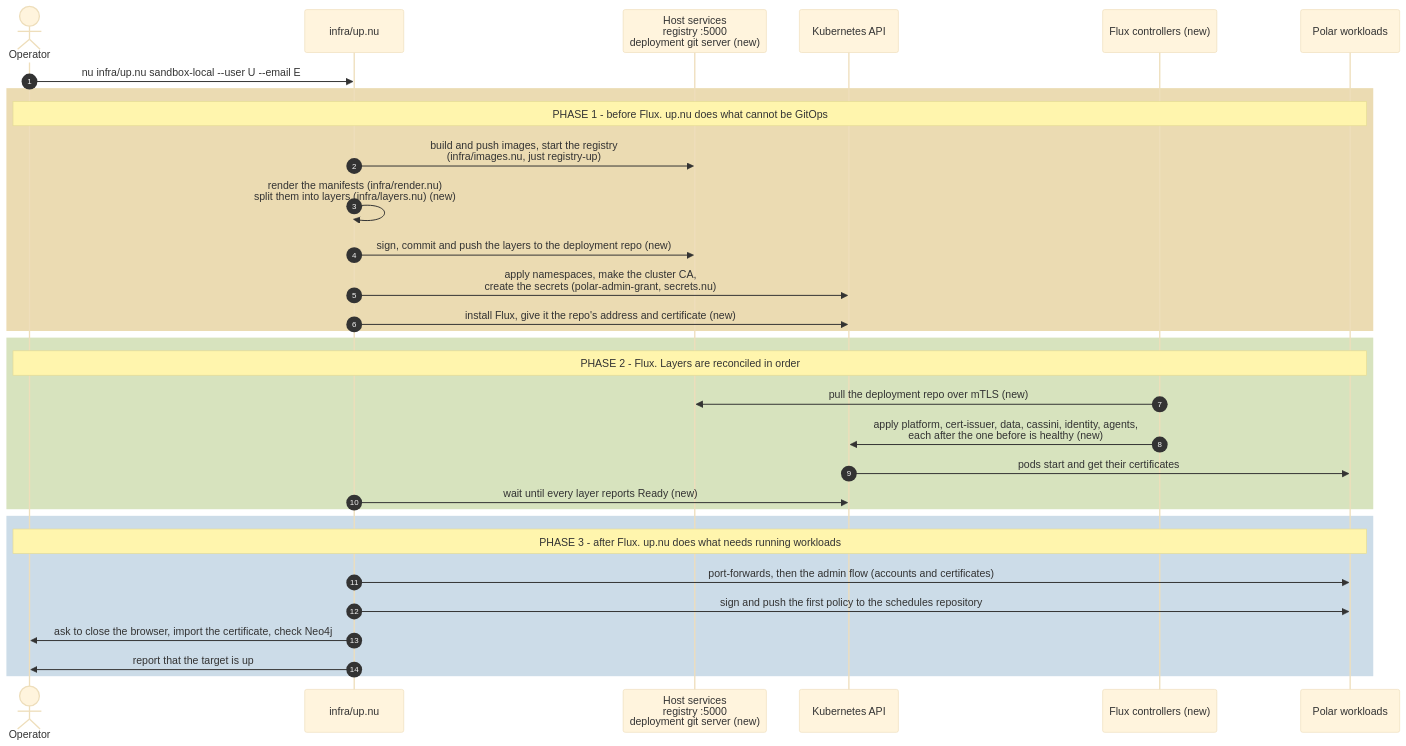
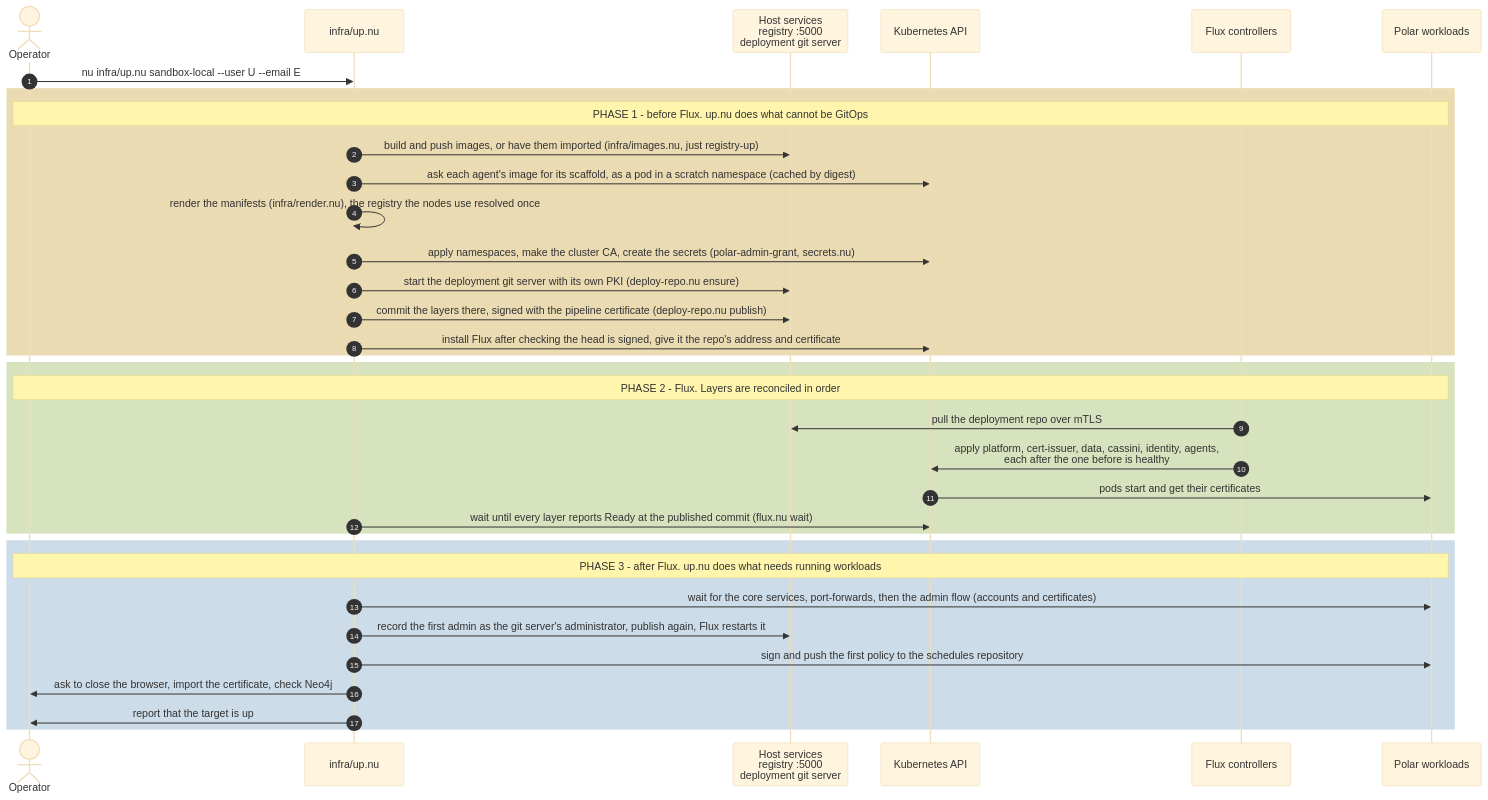
One commit to cmu-sei/Polar changed the diagram in docs/architecture/sequences/bootstrap/overview.mmd. Above: the diagram before and after it, drawn with Mermaid (base theme). The commit also changed 15 other files, not shown here.

```diff
--- a/docs/architecture/sequences/bootstrap/overview.mmd
+++ b/docs/architecture/sequences/bootstrap/overview.mmd
@@ -1,59 +1,62 @@
 %% ACE Tool
 %%
 %% Copyright 2026 Carnegie Mellon University.
 %%
 %% NO WARRANTY. THIS CARNEGIE MELLON UNIVERSITY AND SOFTWARE ENGINEERING INSTITUTE MATERIAL IS
 %% FURNISHED ON AN "AS-IS" BASIS. CARNEGIE MELLON UNIVERSITY MAKES NO WARRANTIES OF ANY KIND, EITHER
 %% EXPRESSED OR IMPLIED, AS TO ANY MATTER INCLUDING, BUT NOT LIMITED TO, WARRANTY OF FITNESS FOR
 %% PURPOSE OR MERCHANTABILITY, EXCLUSIVITY, OR RESULTS OBTAINED FROM USE OF THE MATERIAL. CARNEGIE
 %% MELLON UNIVERSITY DOES NOT MAKE ANY WARRANTY OF ANY KIND WITH RESPECT TO FREEDOM FROM PATENT,
 %% TRADEMARK, OR COPYRIGHT INFRINGEMENT.
 %%
 %% Licensed under a MIT (SEI)-style license, please see license.txt or contact
 %% permission@sei.cmu.edu for full terms.
 %%
 %% [DISTRIBUTION STATEMENT A] This material has been approved for public release and unlimited
 %% distribution.  Please see Copyright notice for non-US Government use and distribution.
 %%
 %% This Software includes and/or makes use of Third-Party Software each subject to its own license.
 %%
 %% DM26-0670
 
 %% The whole bootstrap of a Polar cluster from the sandbox-local target, in three phases.
-%% Steps marked (new) are the proposed Flux deployment and are not built. The rest runs today
-%% (infra/up.nu, traced in docs/architecture/cluster-bootstrap.md).
+%% This is the code in infra/ (traced in docs/architecture/cluster-bootstrap.md), run end to end on a podman
+%% dev node on 2026-10-19. A target that does not set gitops: true applies its layers itself.
 sequenceDiagram
     autonumber
     actor Op as Operator
     participant Up as infra/up.nu
-    participant Host as Host services<br/>registry :5000<br/>deployment git server (new)
+    participant Host as Host services<br/>registry :5000<br/>deployment git server
     participant K as Kubernetes API
-    participant Flux as Flux controllers (new)
+    participant Flux as Flux controllers
     participant W as Polar workloads
 
     Op->>Up: nu infra/up.nu sandbox-local --user U --email E
 
     rect rgb(235, 219, 178)
     Note over Op,W: PHASE 1 - before Flux. up.nu does what cannot be GitOps
-    Up->>Host: build and push images, start the registry<br/>(infra/images.nu, just registry-up)
-    Up->>Up: render the manifests (infra/render.nu)<br/>split them into layers (infra/layers.nu) (new)
-    Up->>Host: sign, commit and push the layers to the deployment repo (new)
-    Up->>K: apply namespaces, make the cluster CA,<br/>create the secrets (polar-admin-grant, secrets.nu)
-    Up->>K: install Flux, give it the repo's address and certificate (new)
+    Up->>Host: build and push images, or have them imported (infra/images.nu, just registry-up)
+    Up->>K: ask each agent's image for its scaffold, as a pod in a scratch namespace (cached by digest)
+    Up->>Up: render the manifests (infra/render.nu), the registry the nodes use resolved once
+    Up->>K: apply namespaces, make the cluster CA, create the secrets (polar-admin-grant, secrets.nu)
+    Up->>Host: start the deployment git server with its own PKI (deploy-repo.nu ensure)
+    Up->>Host: commit the layers there, signed with the pipeline certificate (deploy-repo.nu publish)
+    Up->>K: install Flux after checking the head is signed, give it the repo's address and certificate
     end
 
     rect rgb(215, 227, 190)
     Note over Op,W: PHASE 2 - Flux. Layers are reconciled in order
-    Flux->>Host: pull the deployment repo over mTLS (new)
-    Flux->>K: apply platform, cert-issuer, data, cassini, identity, agents,<br/>each after the one before is healthy (new)
+    Flux->>Host: pull the deployment repo over mTLS
+    Flux->>K: apply platform, cert-issuer, data, cassini, identity, agents,<br/>each after the one before is healthy
     K->>W: pods start and get their certificates
-    Up->>K: wait until every layer reports Ready (new)
+    Up->>K: wait until every layer reports Ready at the published commit (flux.nu wait)
     end
 
     rect rgb(204, 220, 232)
     Note over Op,W: PHASE 3 - after Flux. up.nu does what needs running workloads
-    Up->>W: port-forwards, then the admin flow (accounts and certificates)
+    Up->>W: wait for the core services, port-forwards, then the admin flow (accounts and certificates)
+    Up->>Host: record the first admin as the git server's administrator, publish again, Flux restarts it
     Up->>W: sign and push the first policy to the schedules repository
     Up->>Op: ask to close the browser, import the certificate, check Neo4j
     Up->>Op: report that the target is up
     end
```
